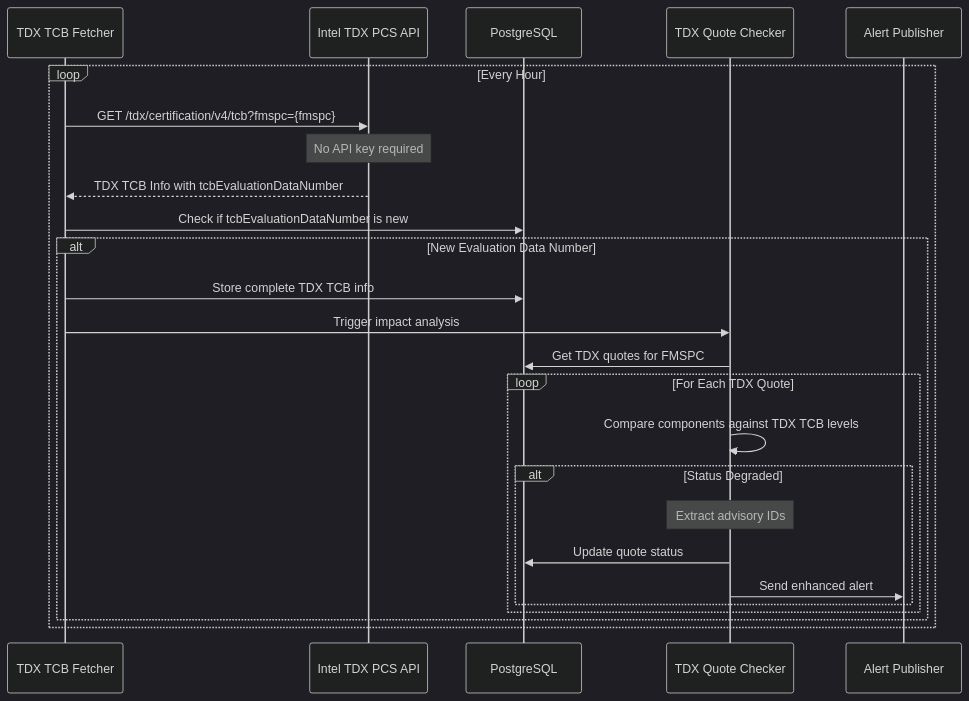
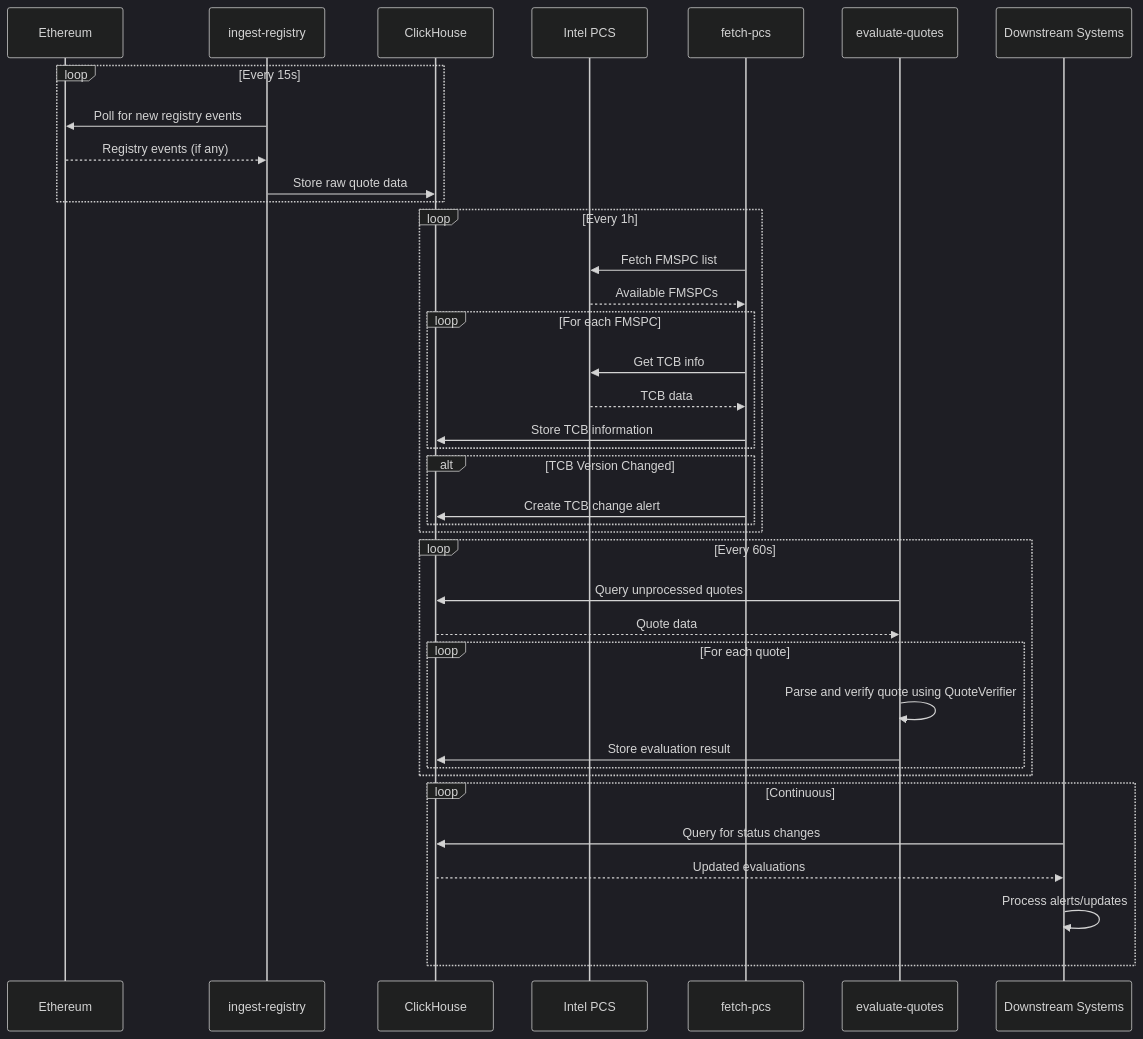
The second of 3 diagrams in docs/architecture.md (MoeMahhouk/go-tcb-notify), drawn with Mermaid (dark theme) before and after one commit. The commit also changed other lines of this file and 38 other files, not shown here.

````diff
--- a/docs/architecture.md
+++ b/docs/architecture.md
@@ -161,28 +170,45 @@
 ```mermaid
 sequenceDiagram
-    participant TCB as TDX TCB Fetcher
-    participant PCS as Intel TDX PCS API
-    participant DB as PostgreSQL
-    participant QC as TDX Quote Checker
-    participant AP as Alert Publisher
+    participant ETH as Ethereum
+    participant IR as ingest-registry
+    participant CH as ClickHouse
+    participant PCS as Intel PCS
+    participant FP as fetch-pcs
+    participant EQ as evaluate-quotes
+    participant DS as Downstream Systems
 
-    loop Every Hour
-        TCB->>PCS: GET /tdx/certification/v4/tcb?fmspc={fmspc}
-        Note over PCS: No API key required
-        PCS-->>TCB: TDX TCB Info with tcbEvaluationDataNumber
-        TCB->>DB: Check if tcbEvaluationDataNumber is new
-        alt New Evaluation Data Number
-            TCB->>DB: Store complete TDX TCB info
-            TCB->>QC: Trigger impact analysis
-            QC->>DB: Get TDX quotes for FMSPC
-            loop For Each TDX Quote
-                QC->>QC: Compare components against TDX TCB levels
-                alt Status Degraded
-                    Note over QC: Extract advisory IDs
-                    QC->>DB: Update quote status
-                    QC->>AP: Send enhanced alert
-                end
-            end
+    loop Every 15s
+        IR->>ETH: Poll for new registry events
+        ETH-->>IR: Registry events (if any)
+        IR->>CH: Store raw quote data
+    end
+
+    loop Every 1h
+        FP->>PCS: Fetch FMSPC list
+        PCS-->>FP: Available FMSPCs
+        loop For each FMSPC
+            FP->>PCS: Get TCB info
+            PCS-->>FP: TCB data
+            FP->>CH: Store TCB information
+        end
+        alt TCB Version Changed
+            FP->>CH: Create TCB change alert
         end
     end
+
+    loop Every 60s
+        EQ->>CH: Query unprocessed quotes
+        CH-->>EQ: Quote data
+        loop For each quote
+            EQ->>EQ: Parse and verify quote using QuoteVerifier
+            EQ->>CH: Store evaluation result
+        end
+    end
+
+    loop Continuous
+        DS->>CH: Query for status changes
+        CH-->>DS: Updated evaluations
+        DS->>DS: Process alerts/updates
+    end
+
 ```
````
